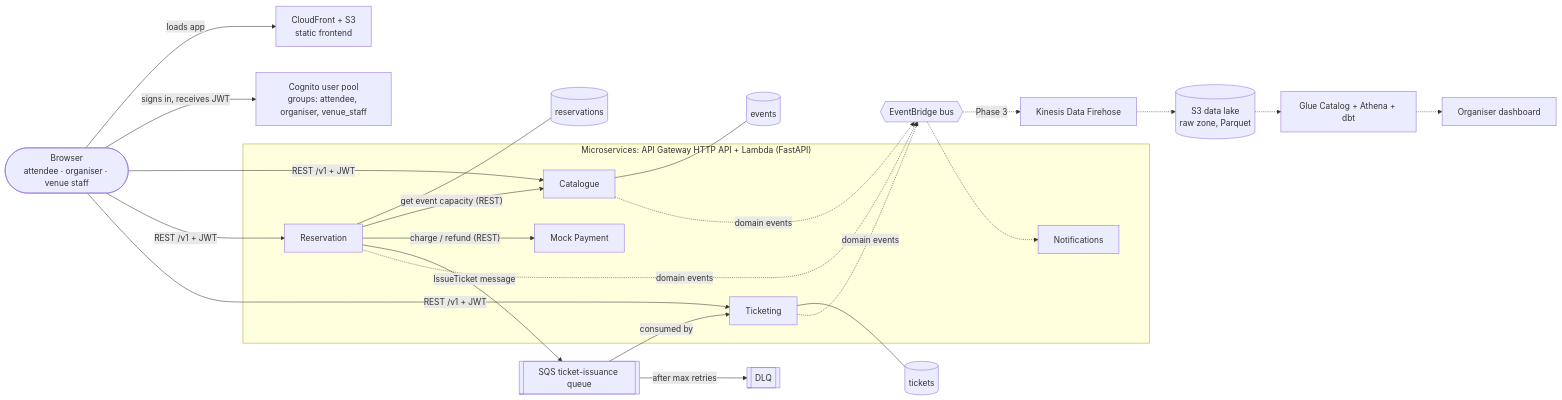
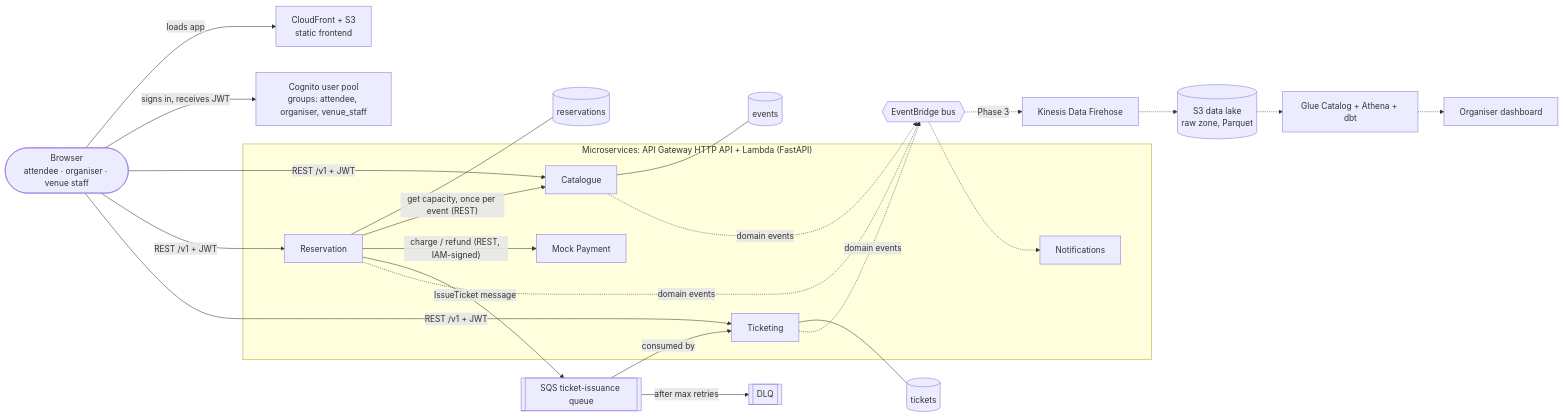
One commit to peiris830/Tessera changed the first of 2 diagrams in docs/architecture.md. Above: the diagram before and after it, drawn with Mermaid. The commit also changed other lines of this file and 5 other files, not shown here.

````diff
--- a/docs/architecture.md
+++ b/docs/architecture.md
@@ -8,44 +8,44 @@
 ```mermaid
 flowchart LR
   user(["Browser<br/>attendee · organiser · venue staff"])
   cf["CloudFront + S3<br/>static frontend"]
   cognito["Cognito user pool<br/>groups: attendee, organiser, venue_staff"]
 
   user -->|loads app| cf
   user -->|signs in, receives JWT| cognito
 
   subgraph services["Microservices: API Gateway HTTP API + Lambda (FastAPI)"]
     cat["Catalogue"]
     res["Reservation"]
     tix["Ticketing"]
     pay["Mock Payment"]
     notif["Notifications"]
   end
 
   user -->|"REST /v1 + JWT"| cat
   user -->|"REST /v1 + JWT"| res
   user -->|"REST /v1 + JWT"| tix
 
   catDb[("events")]
   resDb[("reservations")]
   tixDb[("tickets")]
   cat --- catDb
   res --- resDb
   tix --- tixDb
 
-  res -->|"get event capacity (REST)"| cat
-  res -->|"charge / refund (REST)"| pay
+  res -->|"get capacity, once per event (REST)"| cat
+  res -->|"charge / refund (REST, IAM-signed)"| pay
   res -->|IssueTicket message| q[["SQS ticket-issuance queue"]]
   q -->|consumed by| tix
   q -->|after max retries| dlq[["DLQ"]]
 
   bus{{"EventBridge bus"}}
   cat -.->|domain events| bus
   res -.->|domain events| bus
   tix -.->|domain events| bus
   bus -.-> notif
   bus -.->|Phase 3| fh["Kinesis Data Firehose"]
   fh -.-> lake[("S3 data lake<br/>raw zone, Parquet")]
   lake -.-> athena["Glue Catalog + Athena + dbt"]
   athena -.-> dash["Organiser dashboard"]
 ```
````
